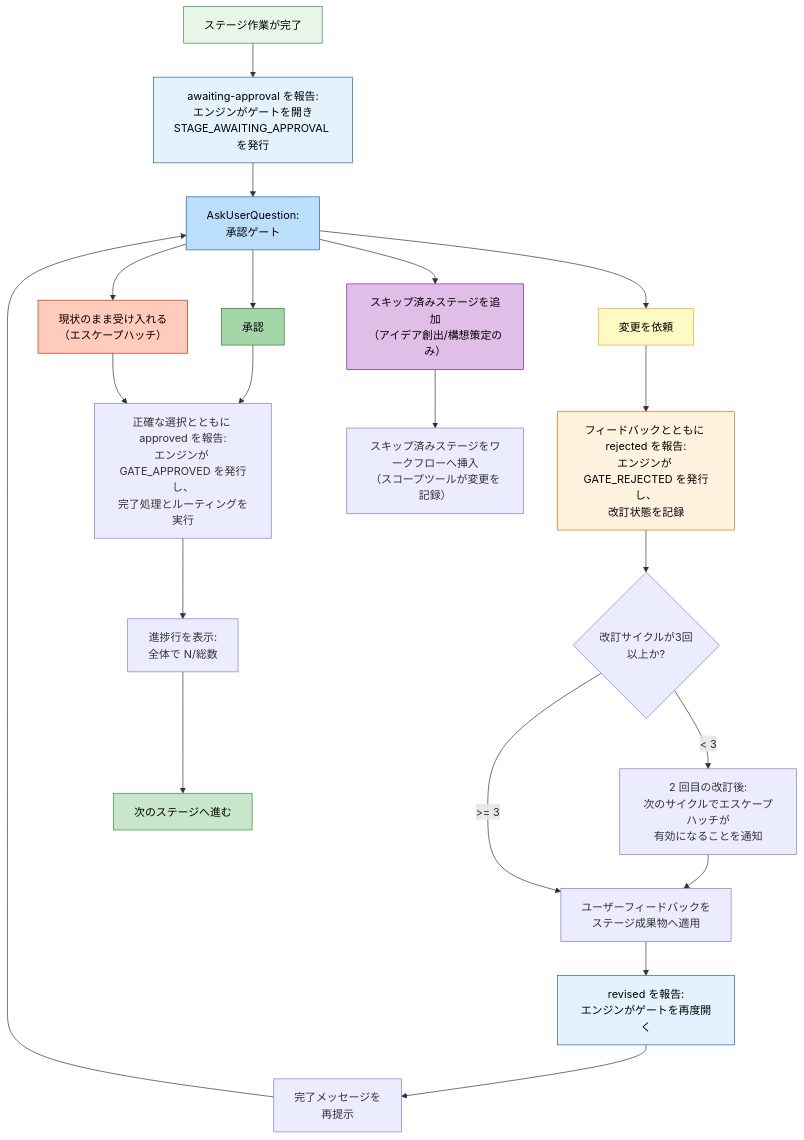
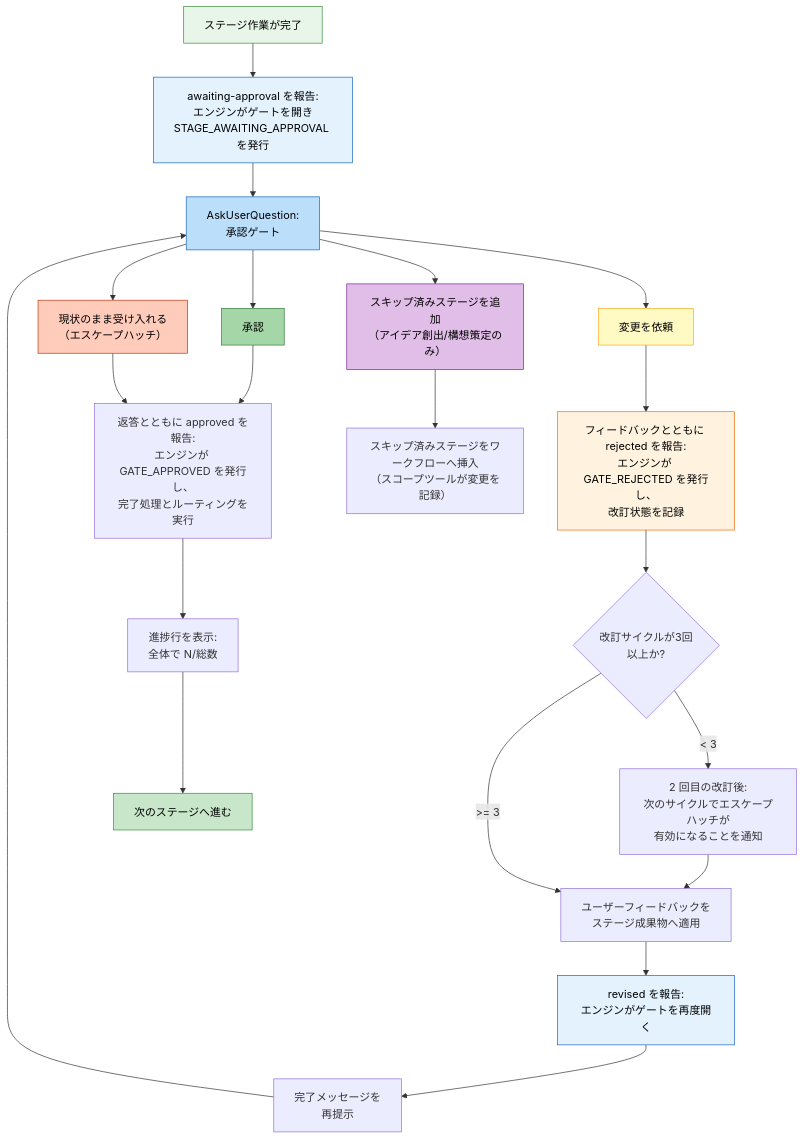
Before and after one commit to otomatty/aidlc-guide: the tenth of 12 diagrams in docs/reference/ja/diagrams.md, drawn with Mermaid. The commit also changed other lines of this file and 832 other files, not shown here.

````diff
--- a/docs/reference/ja/diagrams.md
+++ b/docs/reference/ja/diagrams.md
@@ -483,51 +468,51 @@
 ```mermaid
 flowchart TD
     COMPLETE["ステージ作業が完了"]
     REPORT_AWAITING["awaiting-approval を報告:\nエンジンがゲートを開き\nSTAGE_AWAITING_APPROVAL を発行"]
     ASK["AskUserQuestion:\n承認ゲート"]
 
     APPROVE["承認"]
     CHANGES["変更を依頼"]
     ACCEPT["現状のまま受け入れる\n（エスケープハッチ）"]
     ADD_STAGE["スキップ済みステージを追加\n（アイデア創出/構想策定のみ）"]
 
     REVISION_COUNT{"改訂サイクルが3回\n以上か?"}
     NOTE_2ND["2 回目の改訂後:\n次のサイクルでエスケープハッチが\n有効になることを通知"]
 
-    REPORT_APPROVED["正確な選択とともに approved を報告:\nエンジンが GATE_APPROVED を発行し、\n完了処理とルーティングを実行"]
+    REPORT_APPROVED["返答とともに approved を報告:\nエンジンが GATE_APPROVED を発行し、\n完了処理とルーティングを実行"]
     REPORT_REJECTED["フィードバックとともに rejected を報告:\nエンジンが GATE_REJECTED を発行し、\n改訂状態を記録"]
     REPORT_REVISED["revised を報告:\nエンジンがゲートを再度開く"]
     PROGRESS["進捗行を表示:\n全体で N/総数"]
     NEXT_STAGE["次のステージへ進む"]
 
     REVISE["ユーザーフィードバックを\nステージ成果物へ適用"]
     RE_PRESENT["完了メッセージを\n再提示"]
 
     ADD_EXEC["スキップ済みステージをワークフローへ挿入\n（スコープツールが変更を記録）"]
 
     COMPLETE --> REPORT_AWAITING --> ASK
     ASK --> APPROVE
     ASK --> CHANGES
     ASK --> ACCEPT
     ASK --> ADD_STAGE
 
     APPROVE --> REPORT_APPROVED --> PROGRESS --> NEXT_STAGE
     ACCEPT --> REPORT_APPROVED
 
     CHANGES --> REPORT_REJECTED --> REVISION_COUNT
     REVISION_COUNT -->|"< 3"| NOTE_2ND --> REVISE --> REPORT_REVISED --> RE_PRESENT --> ASK
     REVISION_COUNT -->|">= 3"| REVISE
 
     ADD_STAGE --> ADD_EXEC
 
     style COMPLETE fill:#e8f5e9,stroke:#388e3c,color:#000
     style REPORT_AWAITING fill:#e3f2fd,stroke:#1565c0,color:#000
     style ASK fill:#bbdefb,stroke:#1565c0,color:#000
     style APPROVE fill:#a5d6a7,stroke:#2e7d32,color:#000
     style CHANGES fill:#fff9c4,stroke:#f9a825,color:#000
     style REPORT_REJECTED fill:#fff3e0,stroke:#ef6c00,color:#000
     style REPORT_REVISED fill:#e3f2fd,stroke:#1565c0,color:#000
     style ACCEPT fill:#ffccbc,stroke:#bf360c,color:#000
     style ADD_STAGE fill:#e1bee7,stroke:#7b1fa2,color:#000
     style NEXT_STAGE fill:#c8e6c9,stroke:#388e3c,color:#000
 ```
````
